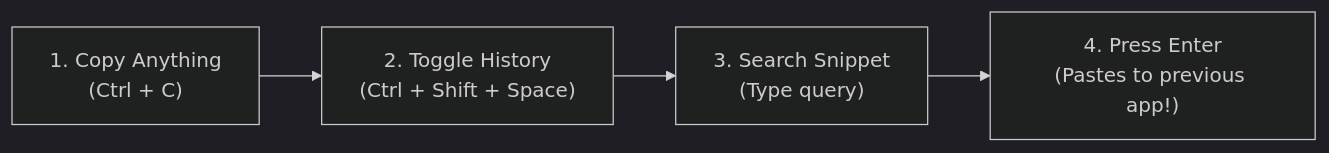
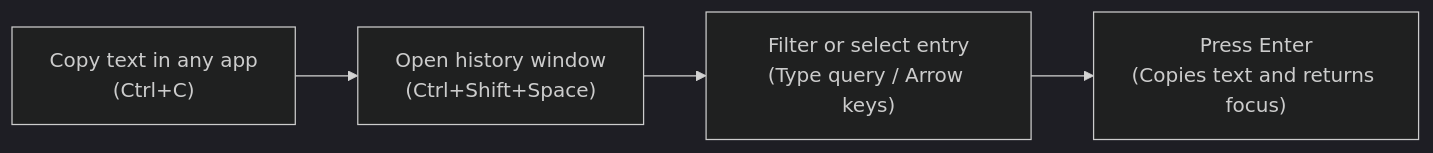
One commit to trouvaiilx/ghost-clipboard changed the first of 3 diagrams in README.md. Above: the diagram before and after it, drawn with Mermaid (dark theme). The commit also changed other lines of this file, not shown here.

````diff
--- a/README.md
+++ b/README.md
@@ -29,6 +27,6 @@
 ```mermaid
 flowchart LR
-    A["1. Copy Anything<br/>(Ctrl + C)"] --> B["2. Toggle History<br/>(Ctrl + Shift + Space)"]
-    B --> C["3. Search Snippet<br/>(Type query)"]
-    C --> D["4. Press Enter<br/>(Pastes to previous app!)"]
+    A["Copy text in any app<br/>(Ctrl+C)"] --> B["Open history window<br/>(Ctrl+Shift+Space)"]
+    B --> C["Filter or select entry<br/>(Type query / Arrow keys)"]
+    C --> D["Press Enter<br/>(Copies text and returns focus)"]
 ```
````
